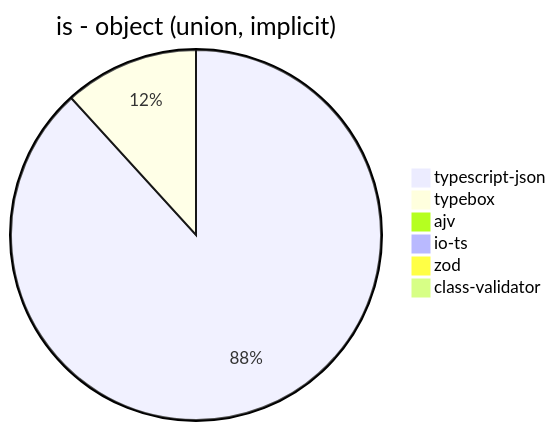
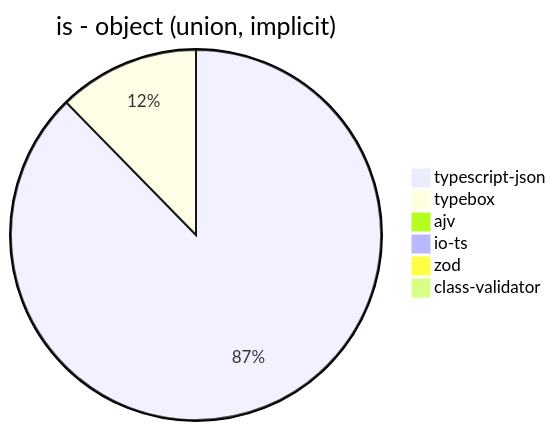
Before and after one commit to samchon/typia: the fifth of 9 diagrams in benchmark/results/AMD Ryzen 7 3700X 8-Core Processor.md, drawn with Mermaid. The commit also changed other lines of this file and 2 other files, not shown here.

````diff
--- a/benchmark/results/AMD Ryzen 7 3700X 8-Core Processor.md
+++ b/benchmark/results/AMD Ryzen 7 3700X 8-Core Processor.md
@@ -66,9 +66,9 @@
 ```mermaid
 pie title is - object (union, implicit)
-  "typescript-json": 14381.92365269461
-  "typebox": 1915.6626506024097
+  "typescript-json": 13640.388567158603
+  "typebox": 1918.0236861584012
   "ajv": 0
   "io-ts": 0
-  "zod": 14.51352804156961
-  "class-validator": 59.749620637329286
+  "zod": 15.30891197375615
+  "class-validator": 57.876006742835735
 ```
````
